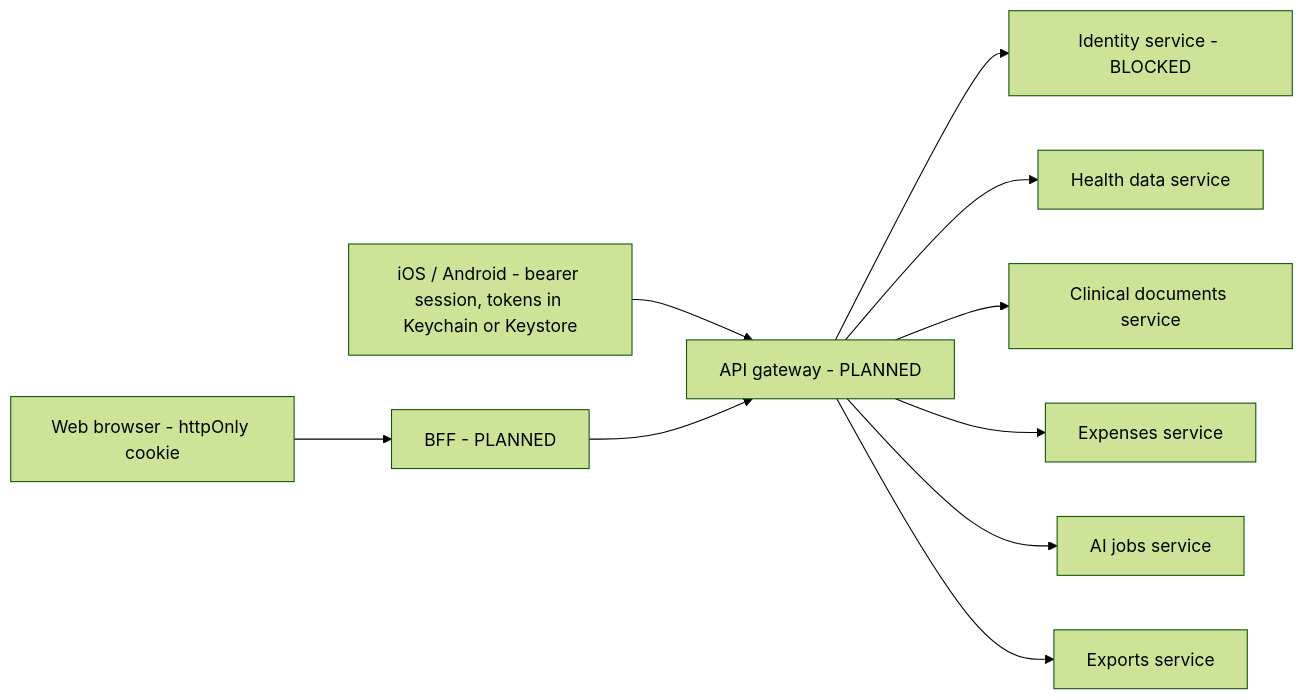
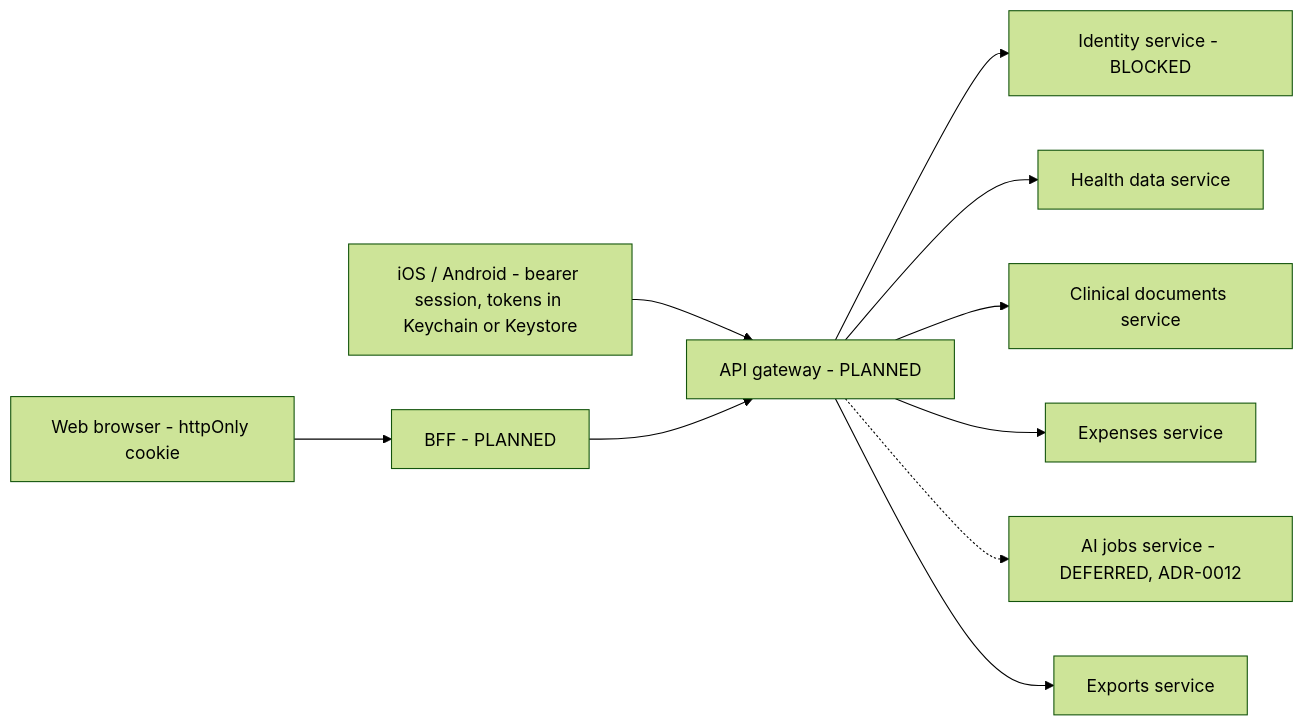
Before and after one commit to sunveda/health-app: the diagram in docs/architecture/api-contracts.md, drawn with Mermaid (forest theme). The commit also changed other lines of this file and 27 other files, not shown here.

````diff
--- a/docs/architecture/api-contracts.md
+++ b/docs/architecture/api-contracts.md
@@ -22,12 +22,12 @@
 ```mermaid
 flowchart LR
   n["iOS / Android - bearer session, tokens in Keychain or Keystore"] --> gw["API gateway - PLANNED"]
   w["Web browser - httpOnly cookie"] --> bff["BFF - PLANNED"]
   bff --> gw
   gw --> idsvc["Identity service - BLOCKED"]
   gw --> hsvc["Health data service"]
   gw --> csvc["Clinical documents service"]
   gw --> esvc["Expenses service"]
-  gw --> asvc["AI jobs service"]
+  gw -.-> asvc["AI jobs service - DEFERRED, ADR-0012"]
   gw --> xsvc["Exports service"]
 ```
````
